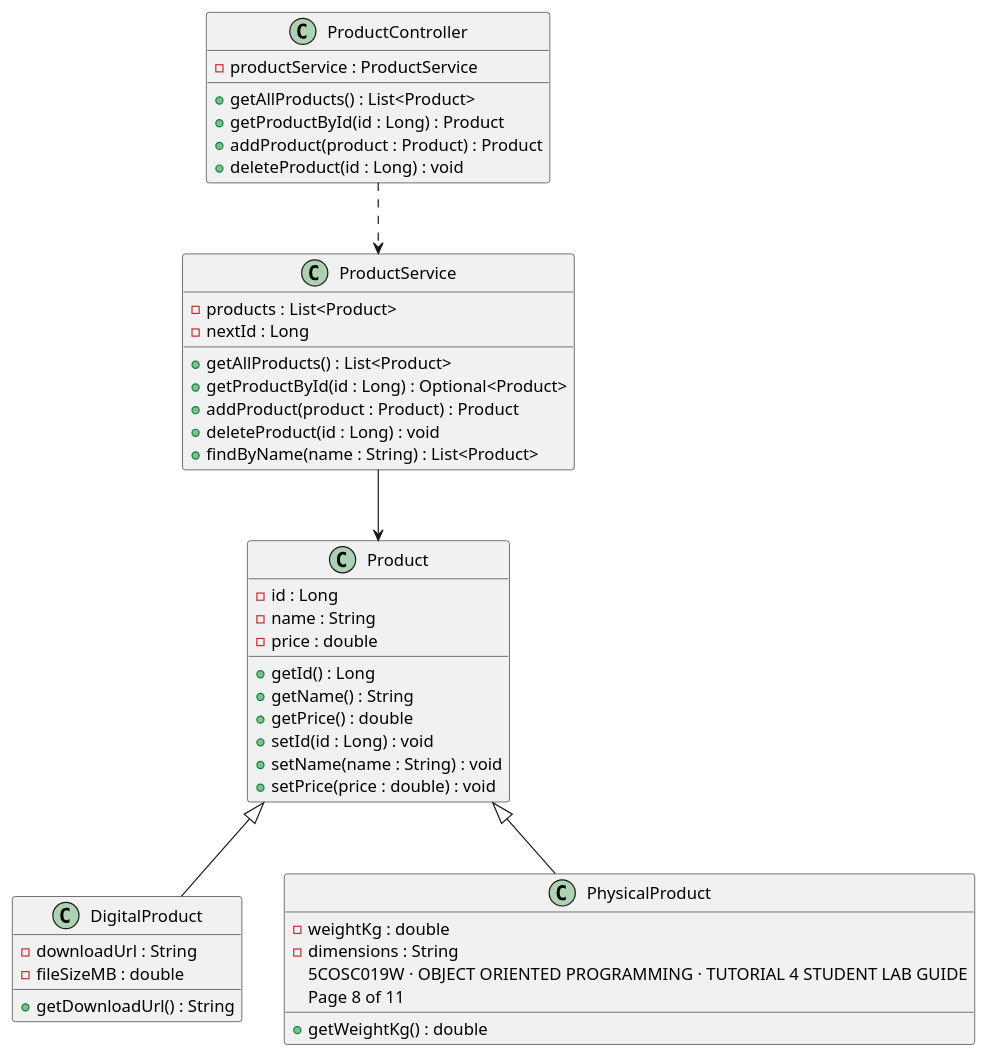
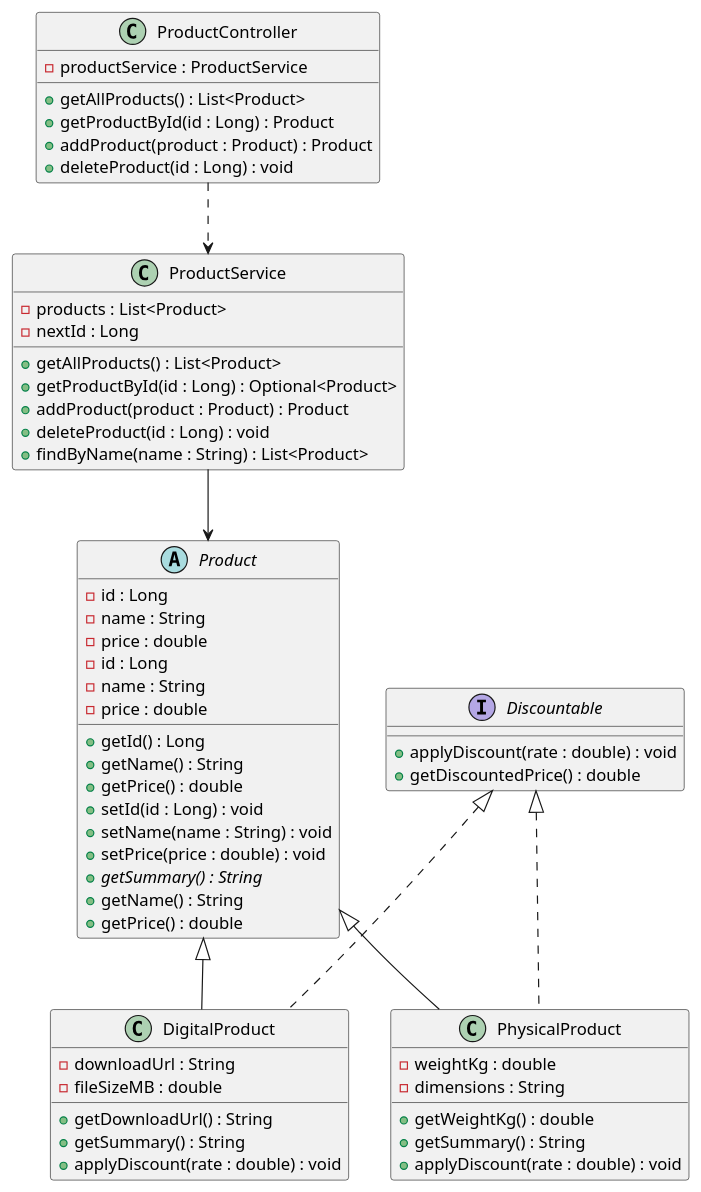
The diagram in docs/class-diagram.puml (Thanujan-mac/products-api-), drawn with PlantUML before and after one commit. The commit also changed 6 other files, not shown here.

Commit message:
Tutorial 5: polymorphism - getSummary override and Discountable interface

```diff
--- a/docs/class-diagram.puml
+++ b/docs/class-diagram.puml
@@ -1,51 +1,69 @@
 @startuml
 
 class Product {
     - id : Long
     - name : String
     - price : double
     + getId() : Long
     + getName() : String
     + getPrice() : double
     + setId(id : Long) : void
     + setName(name : String) : void
     + setPrice(price : double) : void
 }
 
 class ProductService {
     - products : List<Product>
     - nextId : Long
     + getAllProducts() : List<Product>
     + getProductById(id : Long) : Optional<Product>
     + addProduct(product : Product) : Product
     + deleteProduct(id : Long) : void
     + findByName(name : String) : List<Product>
 }
 
 class ProductController {
     - productService : ProductService
     + getAllProducts() : List<Product>
     + getProductById(id : Long) : Product
     + addProduct(product : Product) : Product
     + deleteProduct(id : Long) : void
 }
 
 class DigitalProduct {
 - downloadUrl : String
 - fileSizeMB : double
 + getDownloadUrl() : String
++ getSummary() : String
++ applyDiscount(rate : double) : void
 }
 class PhysicalProduct {
 - weightKg : double
 - dimensions : String
-5COSC019W · OBJECT ORIENTED PROGRAMMING · TUTORIAL 4 STUDENT LAB GUIDE
-Page 8 of 11
 + getWeightKg() : double
++ getSummary() : String
++ applyDiscount(rate : double) : void
+}
+
+abstract class Product {
+- id : Long
+- name : String
+- price : double
++ {abstract} getSummary() : String
++ getName() : String
++ getPrice() : double
+}
+
+interface Discountable {
++ applyDiscount(rate : double) : void
++ getDiscountedPrice() : double
 }
 
 Product <|-- DigitalProduct
 Product <|-- PhysicalProduct
 ProductController ..> ProductService
 ProductService --> Product
+Discountable <|.. DigitalProduct
+Discountable <|.. PhysicalProduct
 
 @enduml
```
